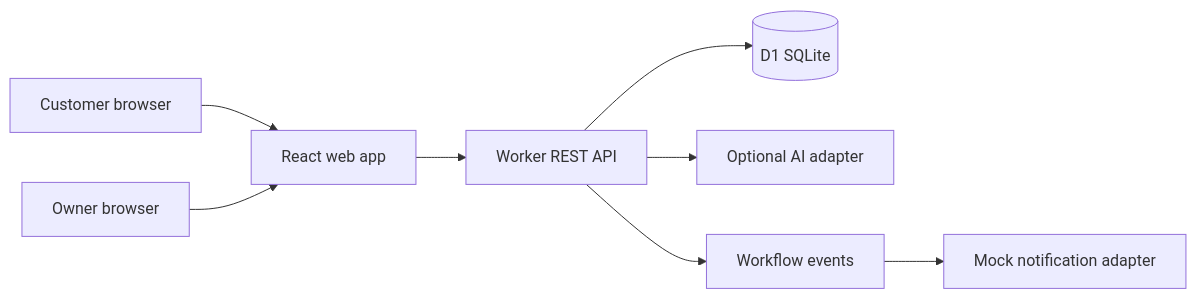
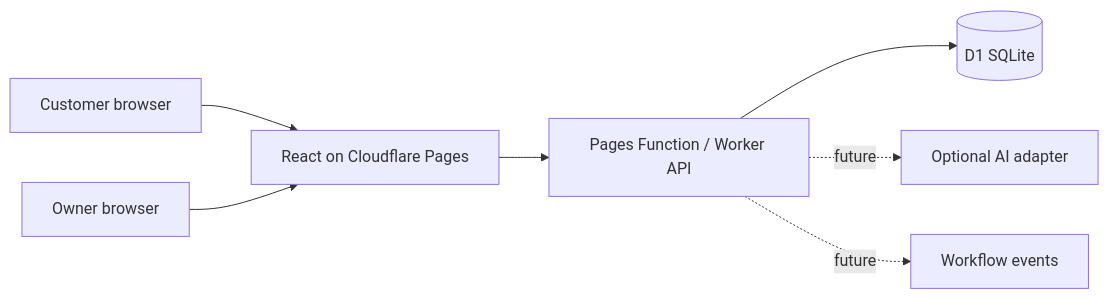
One commit to pasindu-jayasena/microbizflow-ai changed the diagram in README.md. Above: the diagram before and after it, drawn with Mermaid. The commit also changed other lines of this file and 39 other files, not shown here.

Commit message:
Build the local booking and owner workflow

````diff
--- a/README.md
+++ b/README.md
@@ -22,10 +50,9 @@
 ```mermaid
 flowchart LR
-  Customer[Customer browser] --> Web[React web app]
-  Owner[Owner browser] --> Web
-  Web --> API[Worker REST API]
+  Customer[Customer browser] --> Pages[React on Cloudflare Pages]
+  Owner[Owner browser] --> Pages
+  Pages --> API[Pages Function / Worker API]
   API --> D1[(D1 SQLite)]
-  API --> AI[Optional AI adapter]
-  API --> Events[Workflow events]
-  Events --> Mock[Mock notification adapter]
+  API -. future .-> AI[Optional AI adapter]
+  API -. future .-> Events[Workflow events]
 ```
````
